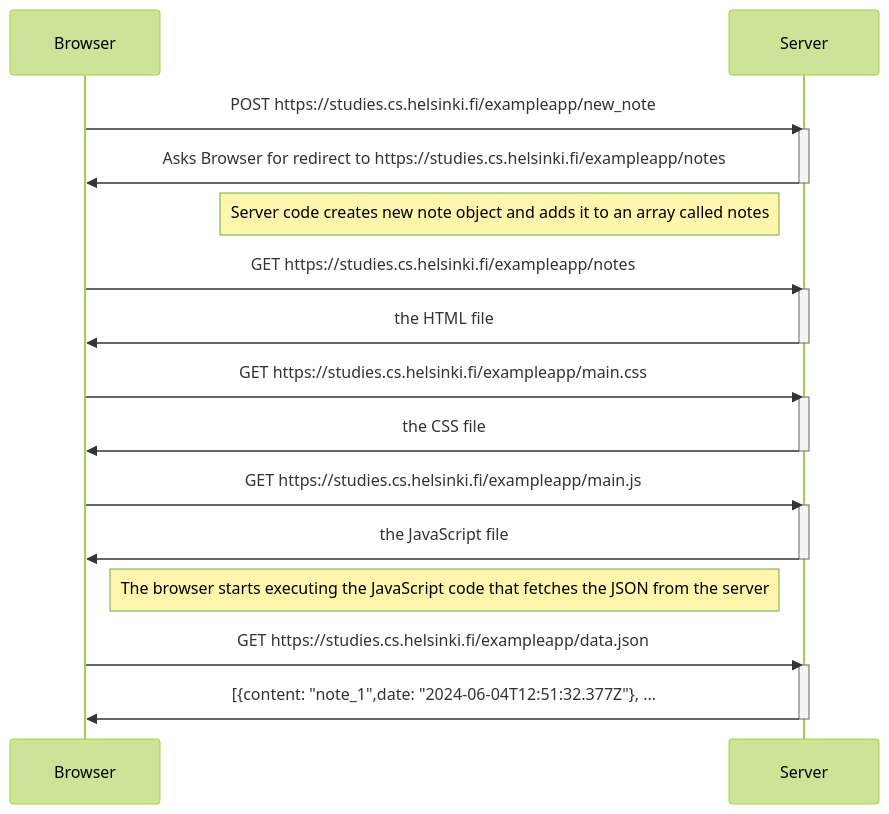
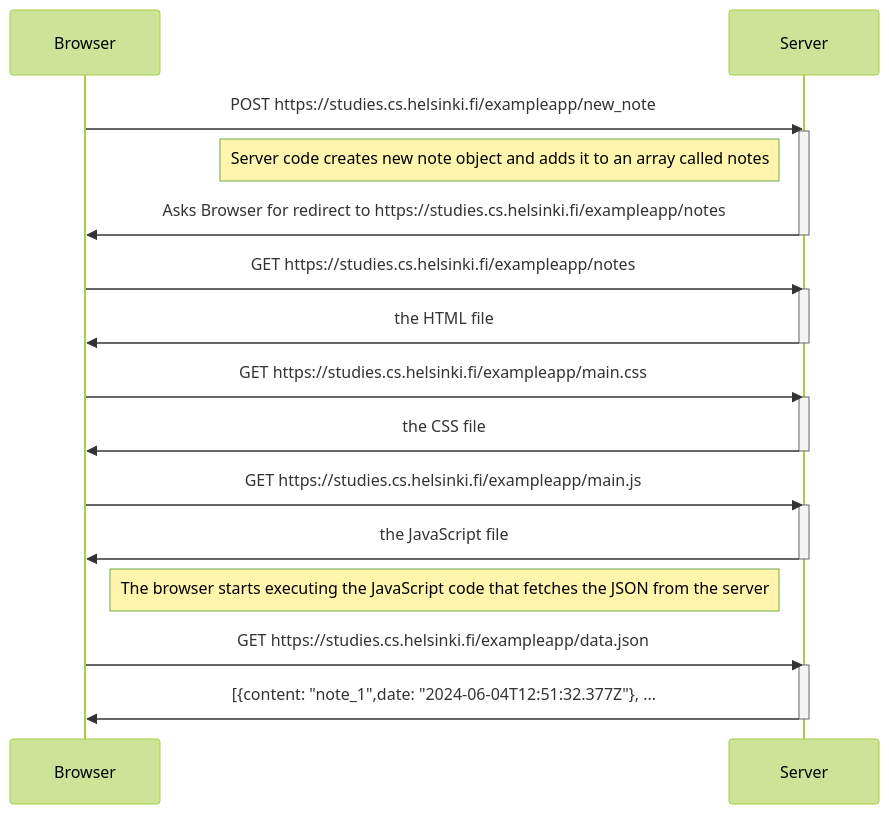
The diagram in part0/04.md (mjarviste/FullStackOpenCourse), drawn with Mermaid (forest theme) before and after one commit.

````diff
--- a/part0/04.md
+++ b/part0/04.md
@@ -1,35 +1,36 @@
 ```mermaid
 sequenceDiagram
     participant Browser
     participant Server
 
     Browser->>Server: POST https://studies.cs.helsinki.fi/exampleapp/new_note
     activate Server
+
+    Note left of Server: Server code creates new note object and adds it to an array called notes
+
     Server->>Browser: Asks Browser for redirect to https://studies.cs.helsinki.fi/exampleapp/notes
     deactivate Server
-
-    Note left of Server: Server code creates new note object and adds it to an array called notes
 
     Browser->>Server: GET https://studies.cs.helsinki.fi/exampleapp/notes
     activate Server
     Server->>Browser: the HTML file
     deactivate Server
 
     Browser->>Server: GET https://studies.cs.helsinki.fi/exampleapp/main.css
     activate Server
     Server->>Browser: the CSS file
     deactivate Server
 
     Browser->>Server: GET https://studies.cs.helsinki.fi/exampleapp/main.js
     activate Server
     Server->>Browser: the JavaScript file
     deactivate Server
 
     Note right of Browser: The browser starts executing the JavaScript code that fetches the JSON from the server
 
     Browser->>Server: GET https://studies.cs.helsinki.fi/exampleapp/data.json
     activate Server
     Server->>Browser: [{content: "note_1",date: "2024-06-04T12:51:32.377Z"}, ...
     deactivate Server
 
 ```
````
